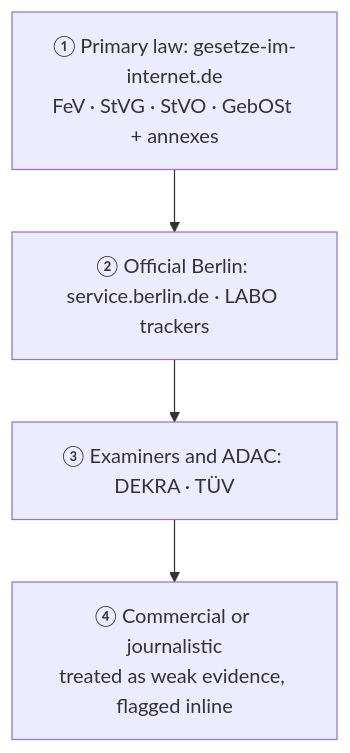
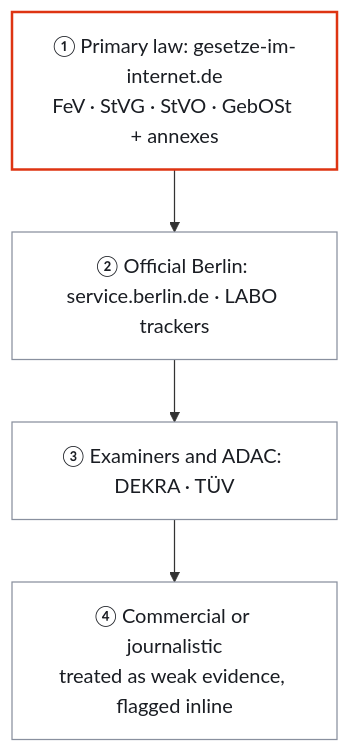
Before and after one commit to agusgonzaleznic/drive-berlin: the third of 4 diagrams in README.md, drawn with Mermaid. The commit also changed other lines of this file and 1 other file, not shown here.

````diff
--- a/README.md
+++ b/README.md
@@ -292,7 +300,11 @@
 ```mermaid
 flowchart TD
   L1["① Primary law: gesetze-im-internet.de<br/>FeV · StVG · StVO · GebOSt + annexes"] --> L2
   L2["② Official Berlin: service.berlin.de · LABO trackers"] --> L3
   L3["③ Examiners and ADAC: DEKRA · TÜV"] --> L4
   L4["④ Commercial or journalistic<br/>treated as weak evidence, flagged inline"]
+  classDef default fill:#FFFFFF,stroke:#89909F,color:#1A1D23
+  classDef decide fill:#E9EAED,stroke:#555D6D,color:#1A1D23
+  classDef outcome fill:#FFFFFF,stroke:#DE3412,stroke-width:2px,color:#1A1D23
+  class L1 outcome
 ```
````
